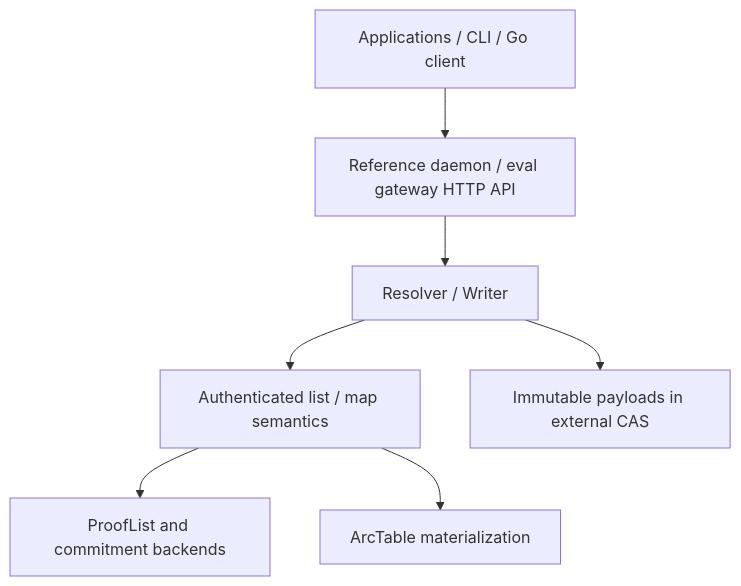
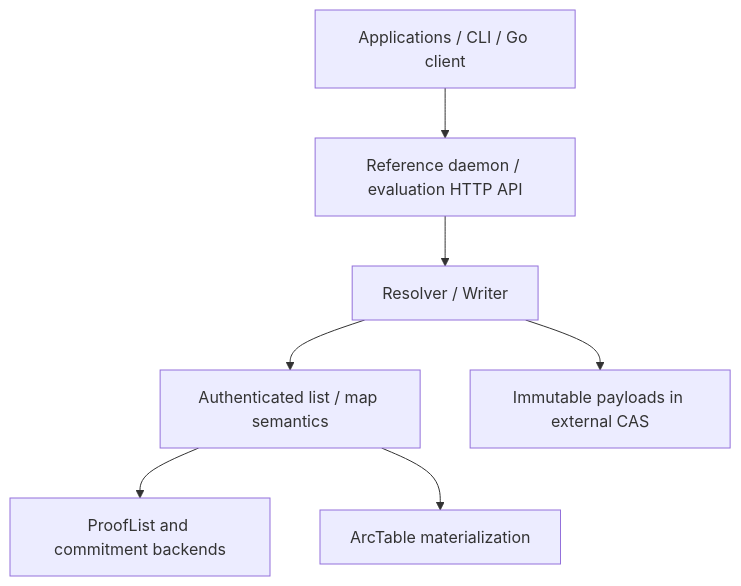
One commit to DeWebProtocol/malt changed the diagram in README.md. Above: the diagram before and after it, drawn with Mermaid. The commit also changed other lines of this file and 21 other files, not shown here.

````diff
--- a/README.md
+++ b/README.md
@@ -78,9 +78,9 @@
 ```mermaid
 flowchart TB
-  app["Applications / CLI / Go client"] --> api["Reference daemon / eval gateway HTTP API"]
+  app["Applications / CLI / Go client"] --> api["Reference daemon / evaluation HTTP API"]
   api --> rw["Resolver / Writer"]
   rw --> semantics["Authenticated list / map semantics"]
   semantics --> proofs["ProofList and commitment backends"]
   semantics --> arctable["ArcTable materialization"]
   rw --> cas["Immutable payloads in external CAS"]
 ```
````
